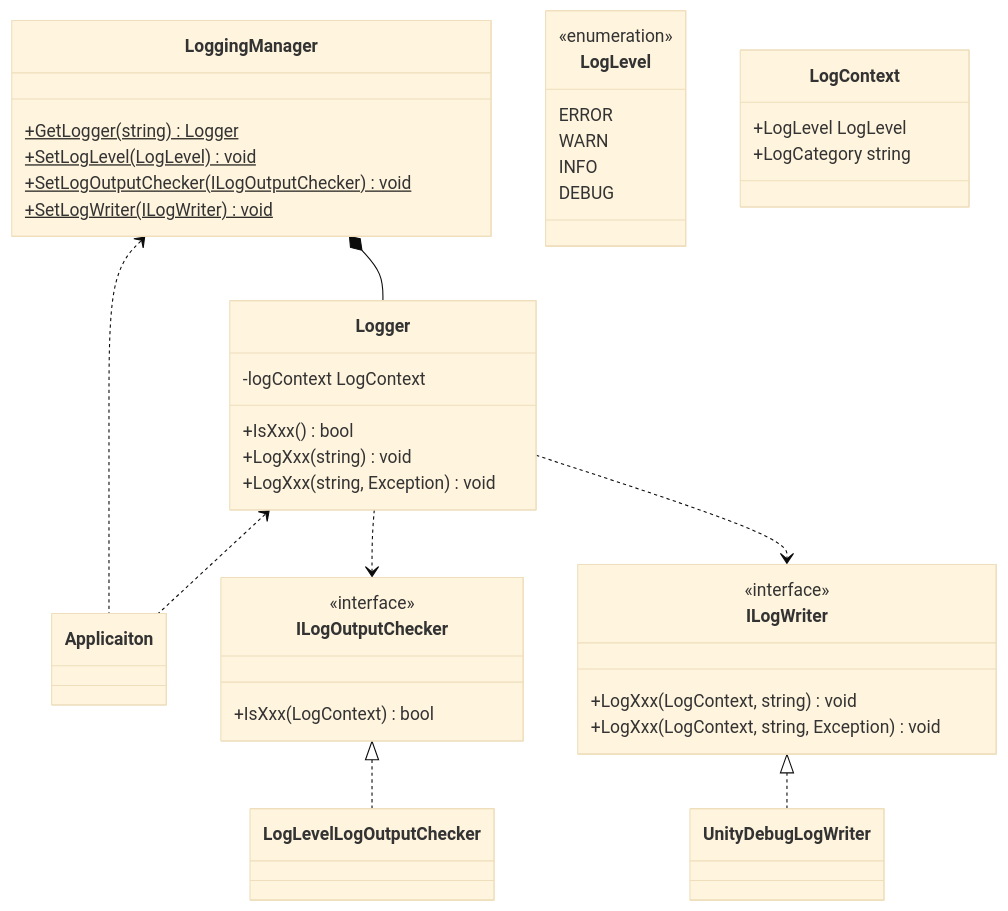
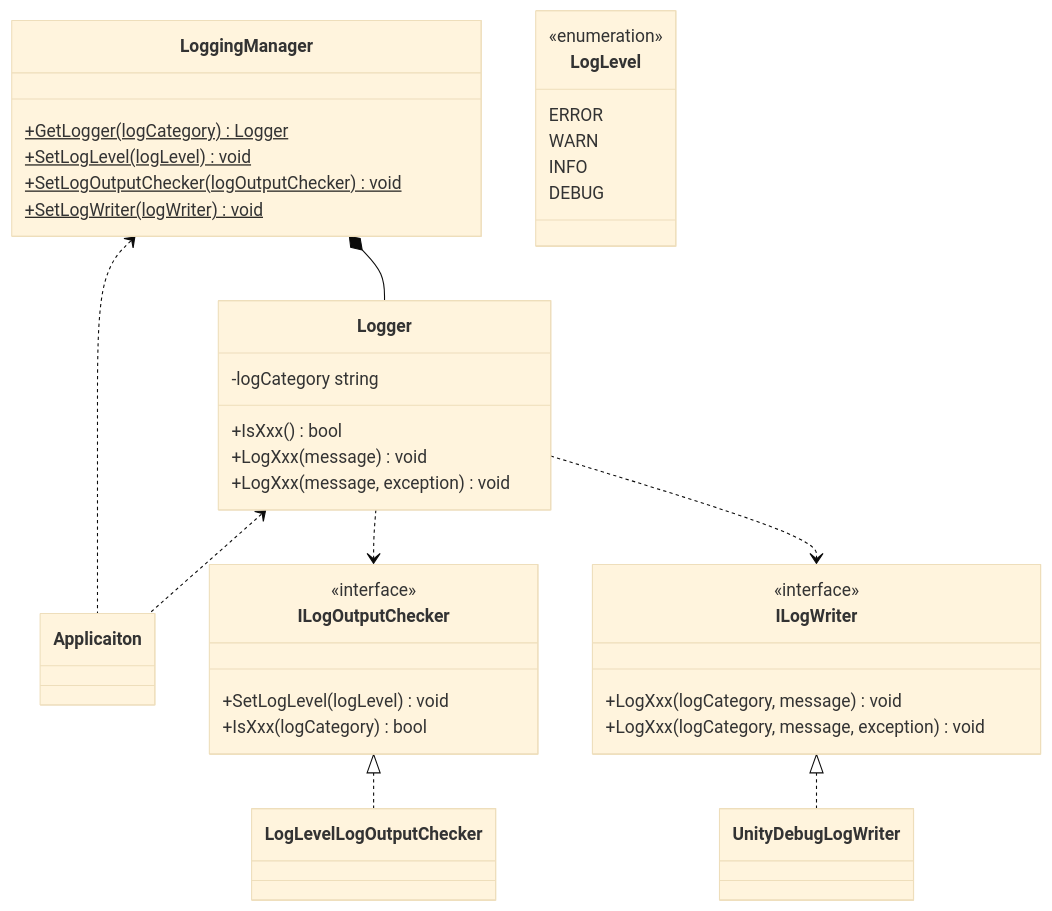
The first of 2 diagrams in docs/core/logging.md (extreal-dev/Extreal.Guide), drawn with Mermaid (base theme) before and after one commit.

Commit message:
クラス構造を見直し

````diff
--- a/docs/core/logging.md
+++ b/docs/core/logging.md
@@ -57,58 +57,54 @@
 ```mermaid
 classDiagram
 
     LoggingManager <.. Applicaiton
     Logger <.. Applicaiton
     LoggingManager *-- Logger
     Logger ..> ILogOutputChecker
     Logger ..> ILogWriter
     ILogOutputChecker <|.. LogLevelLogOutputChecker
     ILogWriter <|.. UnityDebugLogWriter
 
     class Applicaiton {
     }
 
     class LogLevel {
         <<enumeration>>
         ERROR
         WARN
         INFO
         DEBUG
     }
 
-    class LogContext {
-        +LogLevel LogLevel
-        +LogCategory string
-    }
-
     class Logger {
-        -logContext LogContext
+        -logCategory string
         +IsXxx() bool
-        +LogXxx(string) void
-        +LogXxx(string, Exception) void
+        +LogXxx(message) void
+        +LogXxx(message, exception) void
     }
 
     class LoggingManager {
-        +GetLogger(string)$ Logger
-        +SetLogLevel(LogLevel)$ void
-        +SetLogOutputChecker(ILogOutputChecker)$ void
-        +SetLogWriter(ILogWriter)$ void
+        +GetLogger(logCategory)$ Logger
+        +SetLogLevel(logLevel)$ void
+        +SetLogOutputChecker(logOutputChecker)$ void
+        +SetLogWriter(logWriter)$ void
     }
 
     class ILogOutputChecker {
         <<interface>>
-        +IsXxx(LogContext) bool
+        +SetLogLevel(logLevel) void
+        +IsXxx(logCategory) bool
     }
 
     class ILogWriter {
         <<interface>>
-        +LogXxx(LogContext, string) void
-        +LogXxx(LogContext, string, Exception) void
+        +LogXxx(logCategory, message) void
+        +LogXxx(logCategory, message, exception) void
     }
 
     class LogLevelLogOutputChecker {
     }
 
     class UnityDebugLogWriter {
     }
 ```
````
